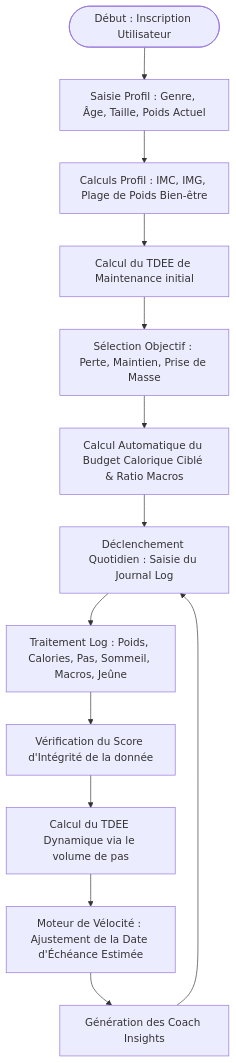
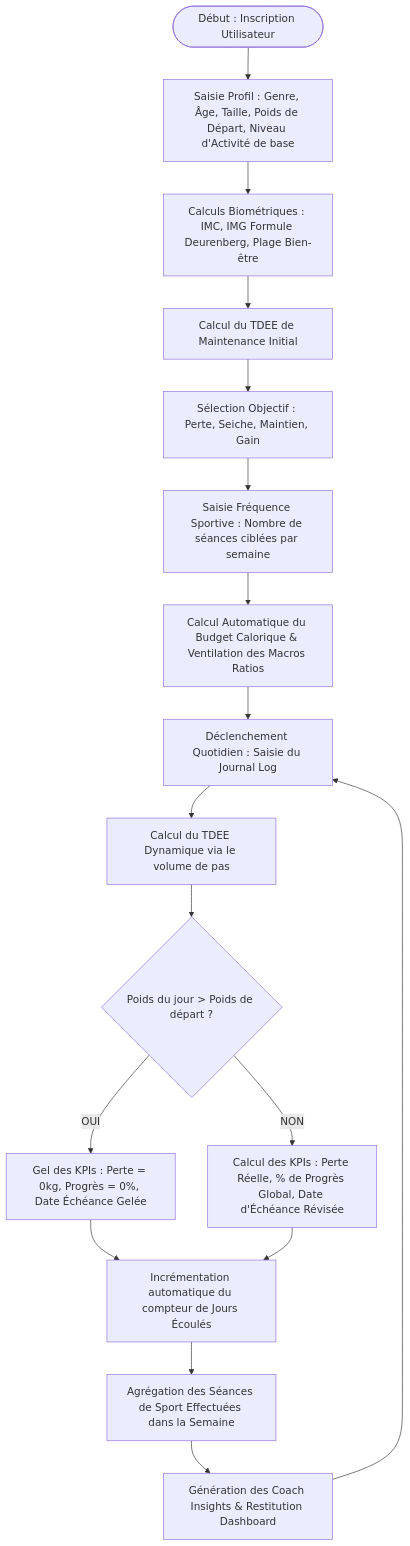
Before and after one commit to alfred000/PulsePath-Engine-BA-Case-Study: the diagram in 02_Analyse_Planification/05_Description_Processus_BPMN.md, drawn with Mermaid. The commit also changed other lines of this file, not shown here.

Commit message:
Update process description and flow for PulsePath Engine (V2)
Restructure the business process for improved analytical onboarding and KPI management.

````diff
--- a/02_Analyse_Planification/05_Description_Processus_BPMN.md
+++ b/02_Analyse_Planification/05_Description_Processus_BPMN.md
@@ -8,20 +8,24 @@
 ```mermaid
 graph TD
     %% ÉTAPE 1: ONBOARDING & DIAGNOSTIC
-    Start([Début : Inscription Utilisateur]) --> A[Saisie Profil : Genre, Âge, Taille, Poids Actuel]
-    A --> B[Calculs Profil : IMC, IMG, Plage de Poids Bien-être]
-    B --> C[Calcul du TDEE de Maintenance initial]
+    Start([Début : Inscription Utilisateur]) --> A[Saisie Profil : Genre, Âge, Taille, Poids de Départ, Niveau d'Activité de base]
+    A --> B[Calculs Biométriques : IMC, IMG Formule Deurenberg, Plage Bien-être]
+    B --> C[Calcul du TDEE de Maintenance Initial]
     
     %% ÉTAPE 2: PLANIFICATION S.M.A.R.T
-    C --> D[Sélection Objectif : Perte, Maintien, Prise de Masse]
-    D --> E[Calcul Automatique du Budget Calorique Ciblé & Ratio Macros]
+    C --> D[Sélection Objectif : Perte, Seiche, Maintien, Gain]
+    D --> E[Saisie Fréquence Sportive : Nombre de séances ciblées par semaine]
+    E --> F[Calcul Automatique du Budget Calorique & Ventilation des Macros Ratios]
     
-    %% ÉTAPE 3: JOURNALISATION QUOTIDIENNE (Isolée pour futures API)
-    E --> F[Déclenchement Quotidien : Saisie du Journal Log]
-    F --> G[Traitement Log : Poids, Calories, Pas, Sommeil, Macros, Jeûne]
-    G --> H[Vérification du Score d'Intégrité de la donnée]
-    H --> I[Calcul du TDEE Dynamique via le volume de pas]
-    I --> J[Moteur de Vélocité : Ajustement de la Date d'Échéance Estimée]
-    J --> K[Génération des Coach Insights]
-    K --> F
+    %% ÉTAPE 3: JOURNALISATION QUOTIDIENNE & KPIS
+    F --> G[Déclenchement Quotidien : Saisie du Journal Log]
+    G --> H[Calcul du TDEE Dynamique via le volume de pas]
+    H --> I{Poids du jour > Poids de départ ?}
+    I -- OUI --> J[Gel des KPIs : Perte = 0kg, Progrès = 0%, Date Échéance Gelée]
+    I -- NON --> K[Calcul des KPIs : Perte Réelle, % de Progrès Global, Date d'Échéance Révisée]
+    J --> L[Incrémentation automatique du compteur de Jours Écoulés]
+    K --> L
+    L --> M[Agrégation des Séances de Sport Effectuées dans la Semaine]
+    M --> N[Génération des Coach Insights & Restitution Dashboard]
+    N --> G
 ```
````
